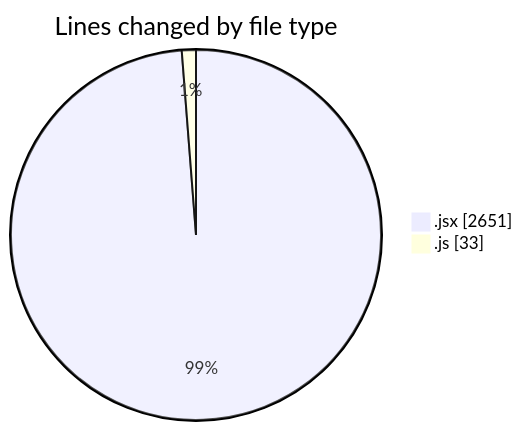
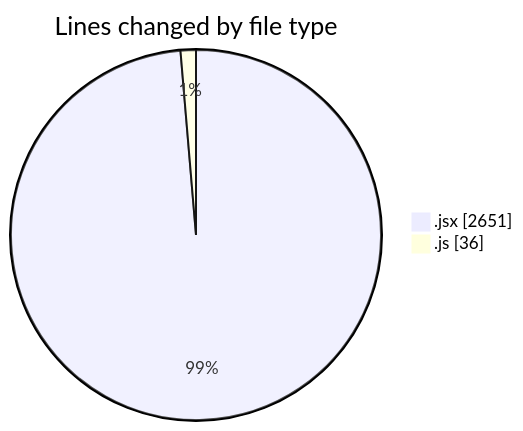
One commit to nxtqubesakshisongat/code-tracking changed the first of 2 diagrams in 2025-07-24/nxtqube_webapp/README.md. Above: the diagram before and after it, drawn with Mermaid. The commit also changed other lines of this file and 1 other file, not shown here.

````diff
--- a/2025-07-24/nxtqube_webapp/README.md
+++ b/2025-07-24/nxtqube_webapp/README.md
@@ -25,6 +25,6 @@
 ```mermaid
 pie showData
 title Lines changed by file type
 ".jsx" : 2651
-".js" : 33
+".js" : 36
 ```
````
